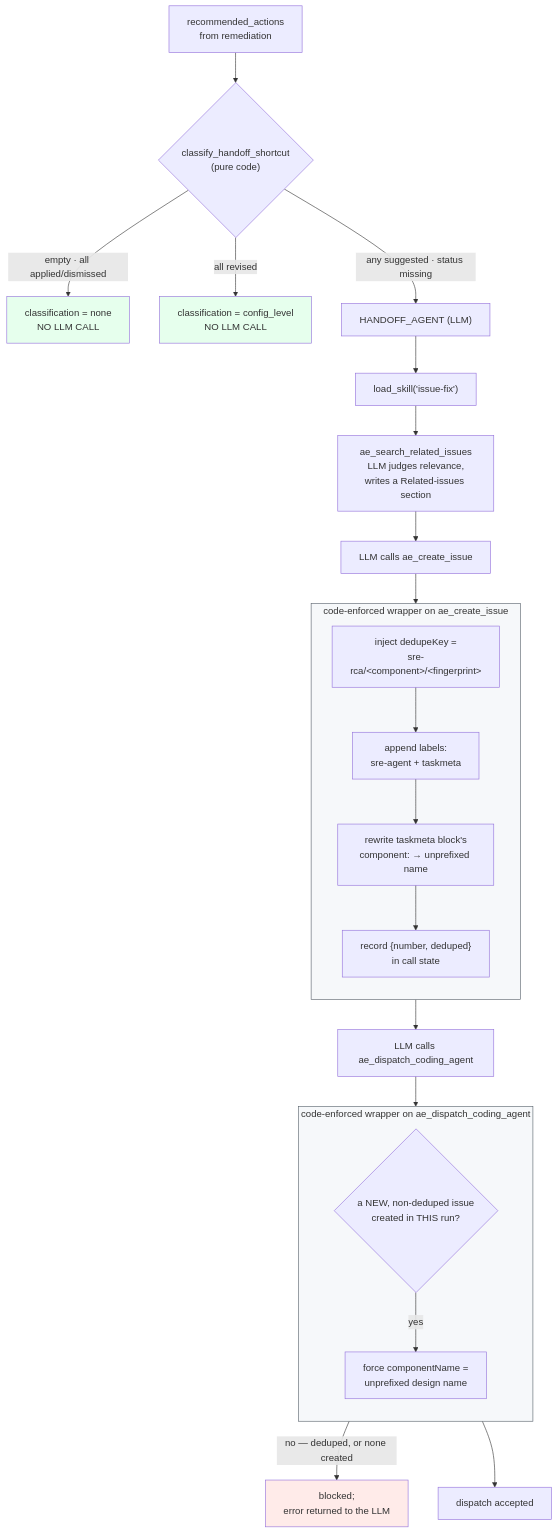
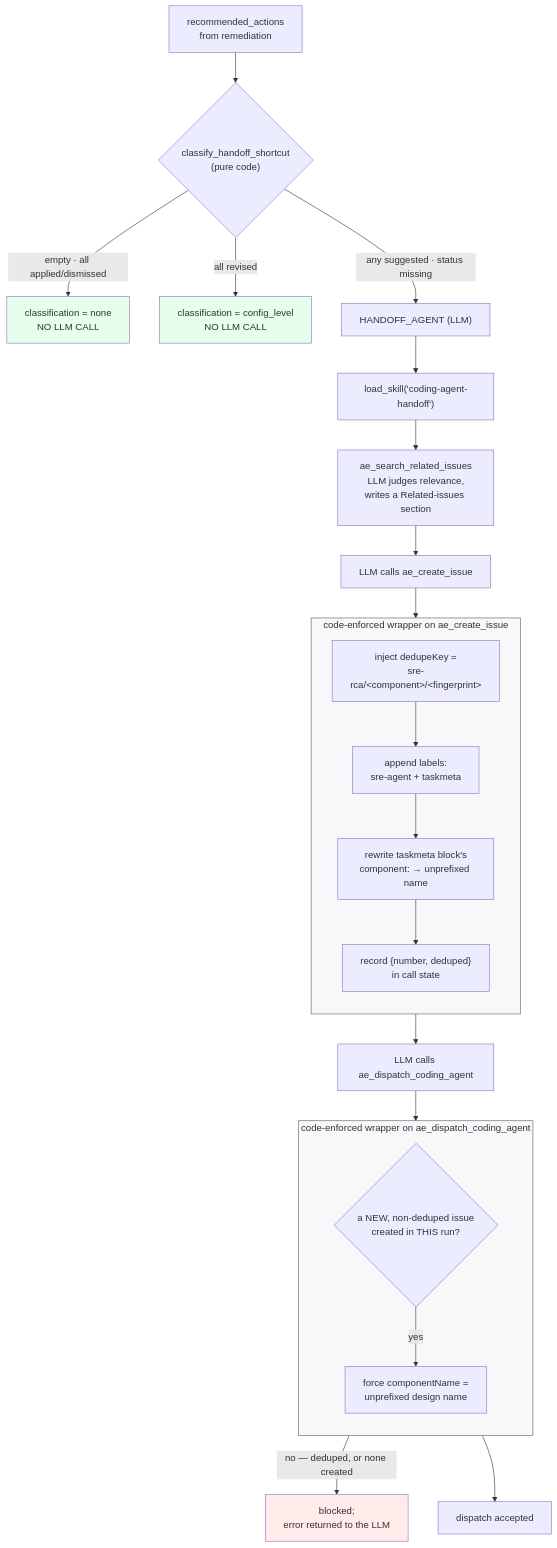
The third of 4 diagrams in docs/developer-guide/sre-agent-review-guide.md (tharindulak/labs-agentic-engineer), drawn with Mermaid before and after one commit. The commit also changed other lines of this file and 19 other files, not shown here.

First line of the commit message:
fix(sre-handoff): ground the skill's unreachable instructions, and mount the whole skill folder

````diff
--- a/docs/developer-guide/sre-agent-review-guide.md
+++ b/docs/developer-guide/sre-agent-review-guide.md
@@ -188,37 +188,37 @@
 ```mermaid
 flowchart TD
   A["recommended_actions<br/>from remediation"] --> B{"classify_handoff_shortcut<br/>(pure code)"}
   B -- "empty · all applied/dismissed" --> N["classification = none<br/>NO LLM CALL"]
   B -- "all revised" --> C["classification = config_level<br/>NO LLM CALL"]
   B -- "any suggested · status missing" --> L["HANDOFF_AGENT (LLM)"]
 
-  L --> S["load_skill('issue-fix')"]
+  L --> S["load_skill('coding-agent-handoff')"]
   S --> T1["ae_search_related_issues<br/>LLM judges relevance,<br/>writes a Related-issues section"]
   T1 --> T2["LLM calls ae_create_issue"]
 
   subgraph WC["code-enforced wrapper on ae_create_issue"]
     direction TB
     W1["inject dedupeKey =<br/>sre-rca/&lt;component&gt;/&lt;fingerprint&gt;"] --> W2["append labels:<br/>sre-agent + taskmeta"]
     W2 --> W3["rewrite taskmeta block's<br/>component: → unprefixed name"]
     W3 --> W4["record {number, deduped}<br/>in call state"]
   end
 
   T2 --> W1
   W4 --> T3["LLM calls ae_dispatch_coding_agent"]
 
   subgraph WD["code-enforced wrapper on ae_dispatch_coding_agent"]
     direction TB
     W5{"a NEW, non-deduped issue<br/>created in THIS run?"}
     W5 -- yes --> W6["force componentName =<br/>unprefixed design name"]
   end
 
   T3 --> W5
   W5 -- "no — deduped, or none created" --> X["blocked;<br/>error returned to the LLM"]
   W6 --> D["dispatch accepted"]
 
   style WC fill:#f6f8fa,stroke:#57606a
   style WD fill:#f6f8fa,stroke:#57606a
   style N fill:#e6ffed
   style C fill:#e6ffed
   style X fill:#ffebe9
 ```
````
